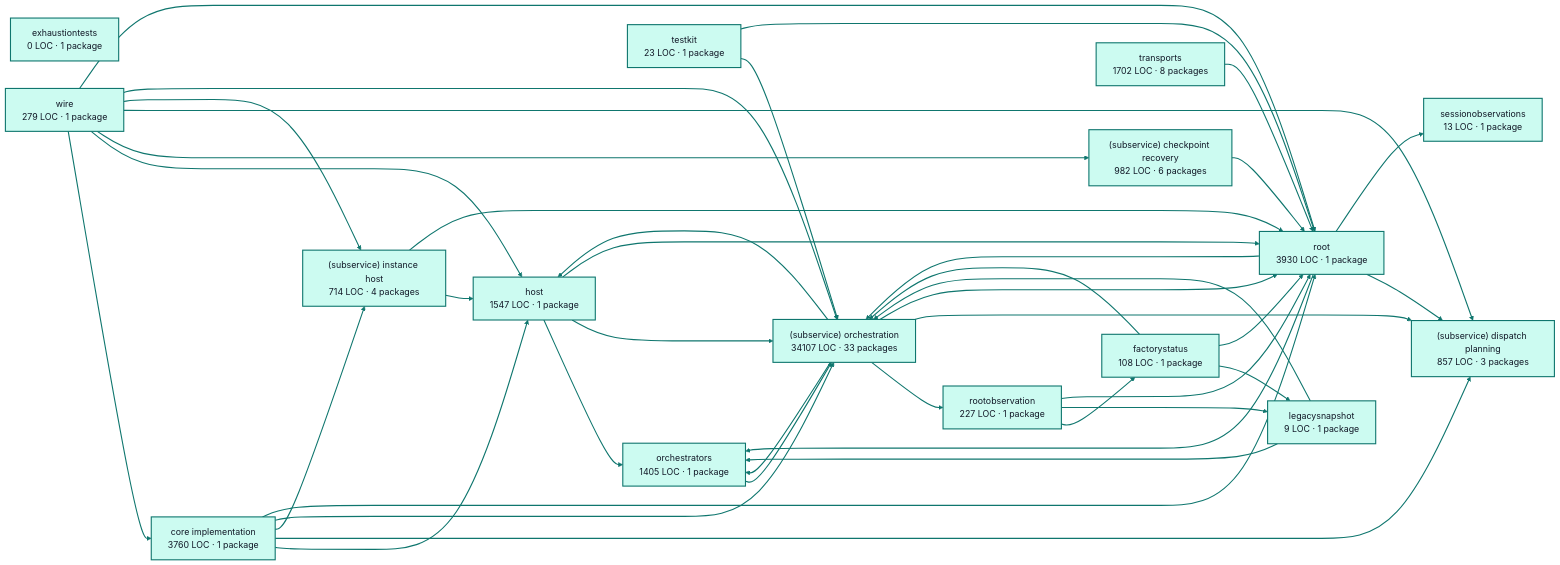
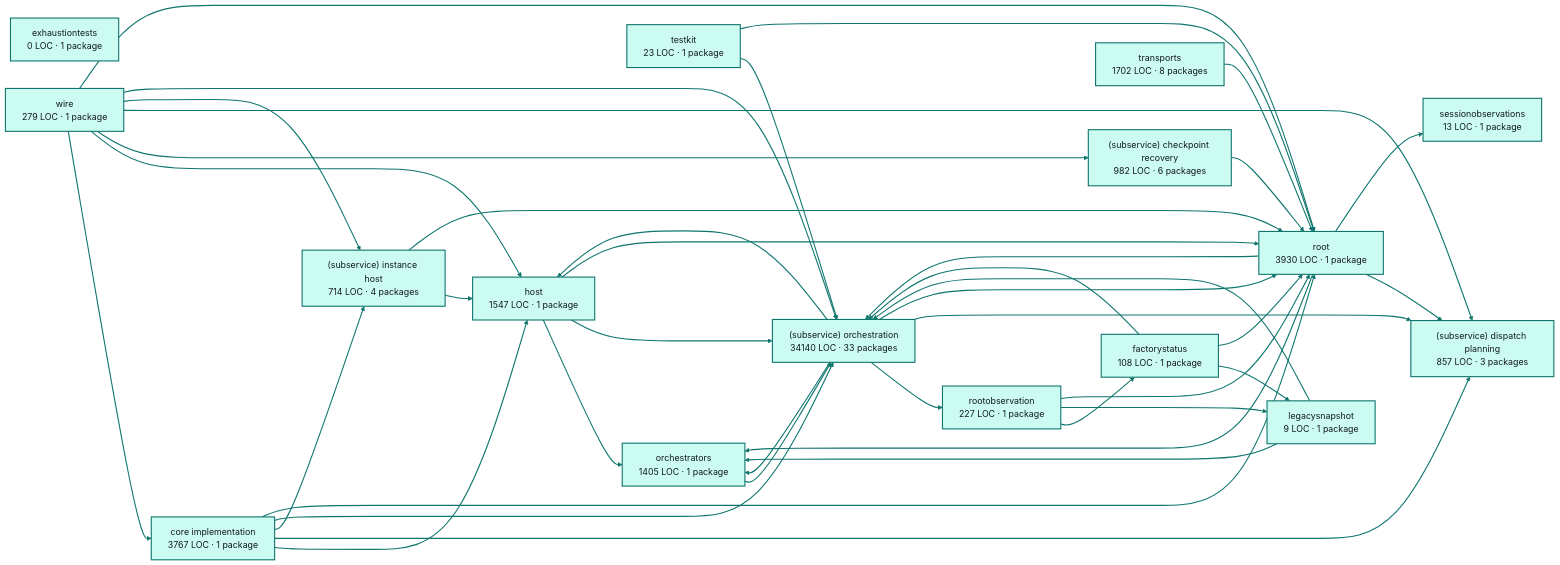
The diagram in docs/architecture/visualizations/services/factory_runtime.md (portpowered/you-agent-factory), drawn with Mermaid before and after one commit. The commit also changed other lines of this file and 20 other files, not shown here.

Commit message:
docs: refresh backend architecture visualizations

````diff
--- a/docs/architecture/visualizations/services/factory_runtime.md
+++ b/docs/architecture/visualizations/services/factory_runtime.md
@@ -11,75 +11,75 @@
 ```mermaid
 flowchart LR
-  p0["core implementation<br/>3760 LOC · 1 package"]
+  p0["core implementation<br/>3767 LOC · 1 package"]
   p1["exhaustiontests<br/>0 LOC · 1 package"]
   p2["factorystatus<br/>108 LOC · 1 package"]
   p3["host<br/>1547 LOC · 1 package"]
   p4["legacysnapshot<br/>9 LOC · 1 package"]
   p5["orchestrators<br/>1405 LOC · 1 package"]
   p6["rootobservation<br/>227 LOC · 1 package"]
   p7["(subservice) checkpoint recovery<br/>982 LOC · 6 packages"]
   p8["(subservice) dispatch planning<br/>857 LOC · 3 packages"]
   p9["(subservice) instance host<br/>714 LOC · 4 packages"]
-  p10["(subservice) orchestration<br/>34107 LOC · 33 packages"]
+  p10["(subservice) orchestration<br/>34140 LOC · 33 packages"]
   p11["sessionobservations<br/>13 LOC · 1 package"]
   p12["testkit<br/>23 LOC · 1 package"]
   p13["root<br/>3930 LOC · 1 package"]
   p14["transports<br/>1702 LOC · 8 packages"]
   p15["wire<br/>279 LOC · 1 package"]
   p0 --> p3
   p0 --> p8
   p0 --> p9
   p0 --> p10
   p0 --> p13
   p2 --> p4
   p2 --> p10
   p2 --> p13
   p3 --> p5
   p3 --> p10
   p3 --> p13
   p4 --> p5
   p4 --> p10
   p5 --> p10
   p6 --> p2
   p6 --> p4
   p6 --> p13
   p7 --> p13
   p9 --> p3
   p9 --> p13
   p10 --> p3
   p10 --> p5
   p10 --> p6
   p10 --> p8
   p10 --> p13
   p12 --> p10
   p12 --> p13
   p13 --> p5
   p13 --> p8
   p13 --> p10
   p13 --> p11
   p14 --> p13
   p15 --> p0
   p15 --> p3
   p15 --> p7
   p15 --> p8
   p15 --> p9
   p15 --> p10
   p15 --> p13
   style p0 fill:#ccfbf1,stroke:#0f766e,stroke-width:2px,color:#111827
   style p1 fill:#ccfbf1,stroke:#0f766e,stroke-width:2px,color:#111827
   style p2 fill:#ccfbf1,stroke:#0f766e,stroke-width:2px,color:#111827
   style p3 fill:#ccfbf1,stroke:#0f766e,stroke-width:2px,color:#111827
   style p4 fill:#ccfbf1,stroke:#0f766e,stroke-width:2px,color:#111827
   style p5 fill:#ccfbf1,stroke:#0f766e,stroke-width:2px,color:#111827
   style p6 fill:#ccfbf1,stroke:#0f766e,stroke-width:2px,color:#111827
   style p7 fill:#ccfbf1,stroke:#0f766e,stroke-width:2px,color:#111827
   style p8 fill:#ccfbf1,stroke:#0f766e,stroke-width:2px,color:#111827
   style p9 fill:#ccfbf1,stroke:#0f766e,stroke-width:2px,color:#111827
   style p10 fill:#ccfbf1,stroke:#0f766e,stroke-width:2px,color:#111827
   style p11 fill:#ccfbf1,stroke:#0f766e,stroke-width:2px,color:#111827
   style p12 fill:#ccfbf1,stroke:#0f766e,stroke-width:2px,color:#111827
   style p13 fill:#ccfbf1,stroke:#0f766e,stroke-width:2px,color:#111827
   style p14 fill:#ccfbf1,stroke:#0f766e,stroke-width:2px,color:#111827
   style p15 fill:#ccfbf1,stroke:#0f766e,stroke-width:2px,color:#111827
   linkStyle default stroke:#0f766e,stroke-width:2px
 ```
````
